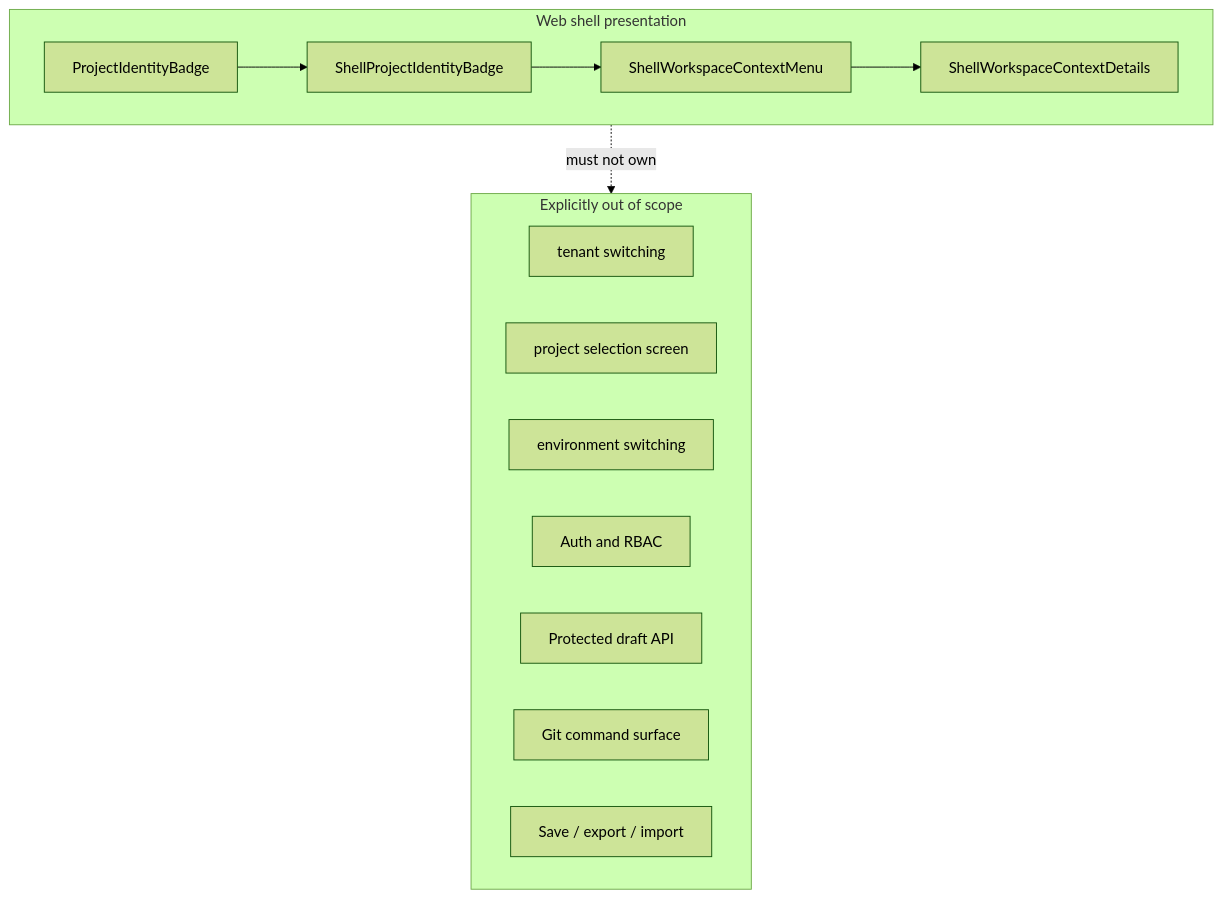
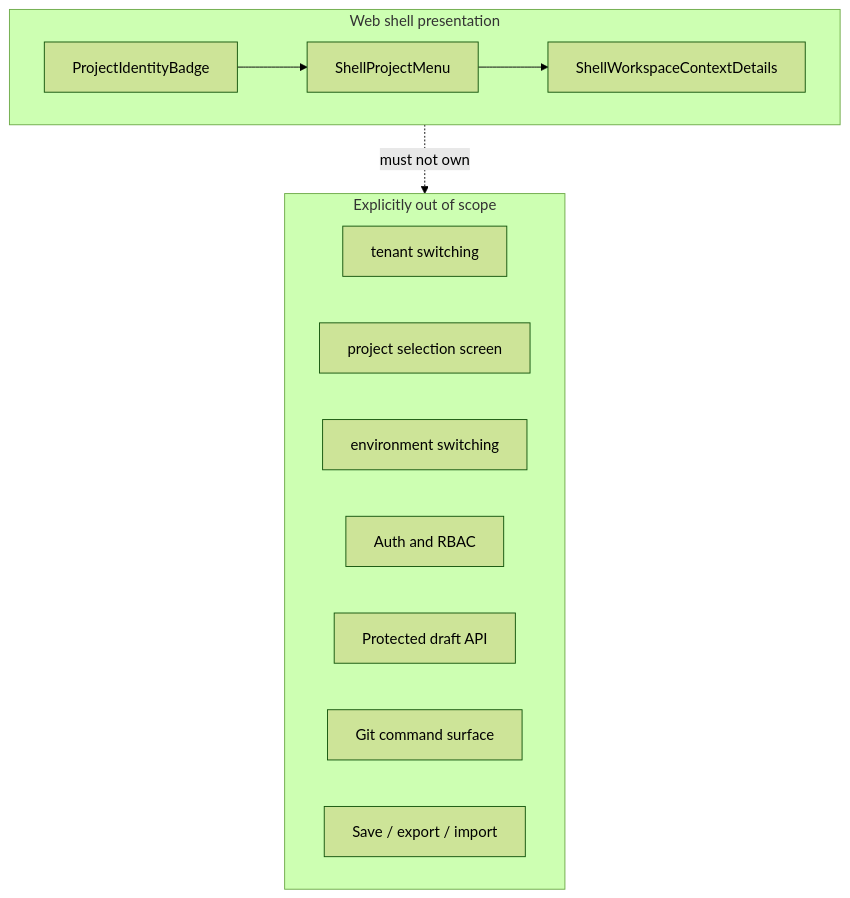
One commit to dunay2/dvt changed the third of 4 diagrams in docs/architecture/components/web/appshell/shell-workspace-context-component.md. Above: the diagram before and after it, drawn with Mermaid (forest theme). The commit also changed other lines of this file and 58 other files, not shown here.

````diff
--- a/docs/architecture/components/web/appshell/shell-workspace-context-component.md
+++ b/docs/architecture/components/web/appshell/shell-workspace-context-component.md
@@ -99,24 +96,22 @@
 ```mermaid
 flowchart TB
   subgraph Shell["Web shell presentation"]
     BadgeModel["ProjectIdentityBadge"]
-    BadgeView["ShellProjectIdentityBadge"]
-    Menu["ShellWorkspaceContextMenu"]
+    Menu["ShellProjectMenu"]
     Details["ShellWorkspaceContextDetails"]
   end
 
   subgraph OutOfScope["Explicitly out of scope"]
     Tenant["tenant switching"]
     Project["project selection screen"]
     Environment["environment switching"]
     Auth["Auth and RBAC"]
     Draft["Protected draft API"]
     Git["Git command surface"]
     Persistence["Save / export / import"]
   end
 
-  BadgeModel --> BadgeView
-  BadgeView --> Menu
+  BadgeModel --> Menu
   Menu --> Details
   Shell -. "must not own" .-> OutOfScope
 ```
````
